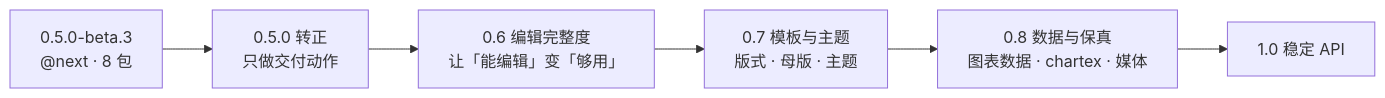
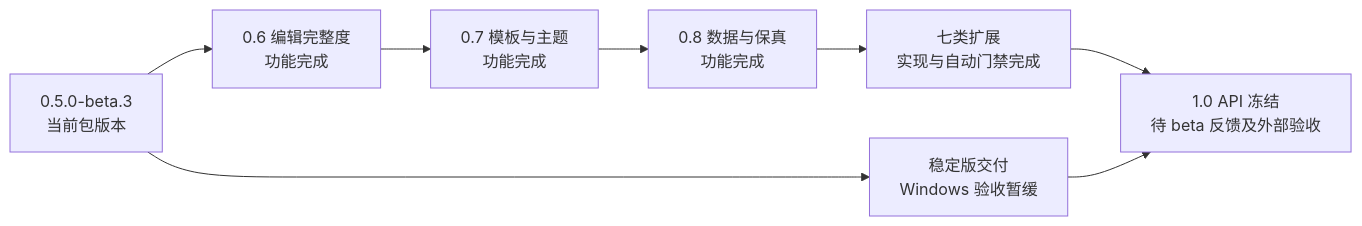
Before and after one commit to unStone/web-ppt: the second of 3 diagrams in docs/roadmap.md, drawn with Mermaid. The commit also changed other lines of this file and 1 other file, not shown here.

````diff
--- a/docs/roadmap.md
+++ b/docs/roadmap.md
@@ -176,8 +188,10 @@
 ```mermaid
 flowchart LR
-    B["0.5.0-beta.3<br/>@next · 8 包"] --> S["0.5.0 转正<br/>只做交付动作"]
-    S --> V6["0.6 编辑完整度<br/>让「能编辑」变「够用」"]
-    V6 --> V7["0.7 模板与主题<br/>版式 · 母版 · 主题"]
-    V7 --> V8["0.8 数据与保真<br/>图表数据 · chartex · 媒体"]
-    V8 --> V1["1.0 稳定 API"]
+    B["0.5.0-beta.3<br/>当前包版本"] --> V6["0.6 编辑完整度<br/>功能完成"]
+    V6 --> V7["0.7 模板与主题<br/>功能完成"]
+    V7 --> V8["0.8 数据与保真<br/>功能完成"]
+    V8 --> X["七类扩展<br/>实现与自动门禁完成"]
+    B --> S["稳定版交付<br/>Windows 验收暂缓"]
+    X --> V1["1.0 API 冻结<br/>待 beta 反馈及外部验收"]
+    S --> V1
 ```
````
